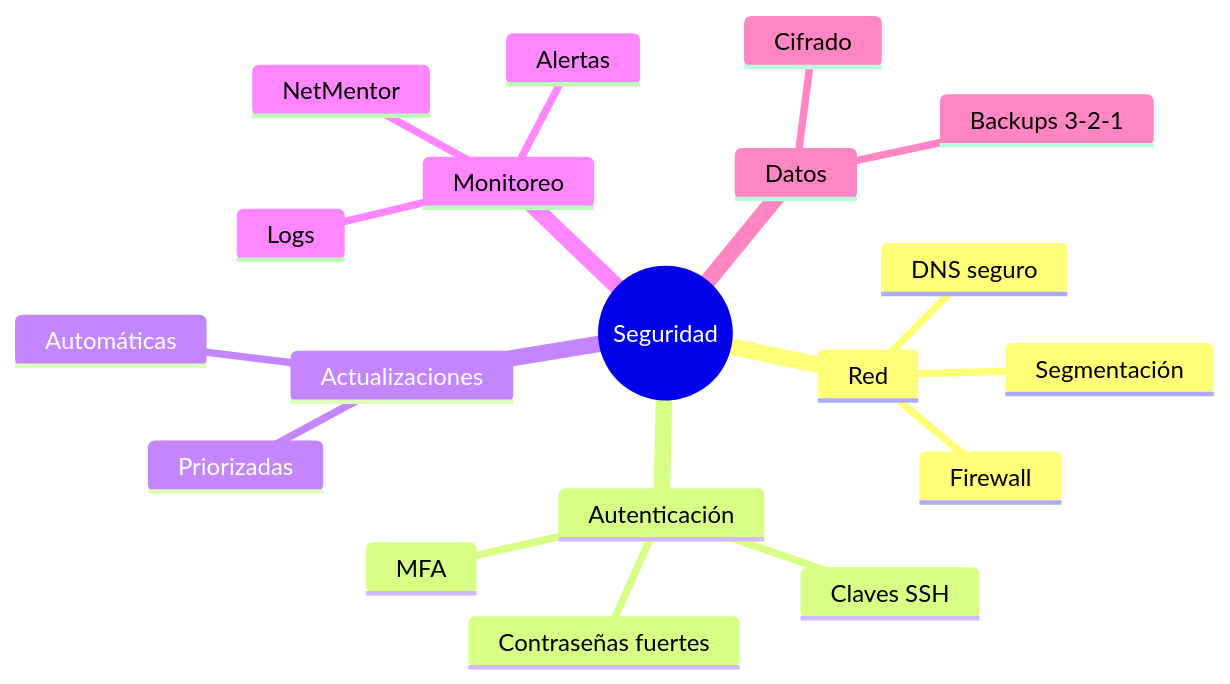
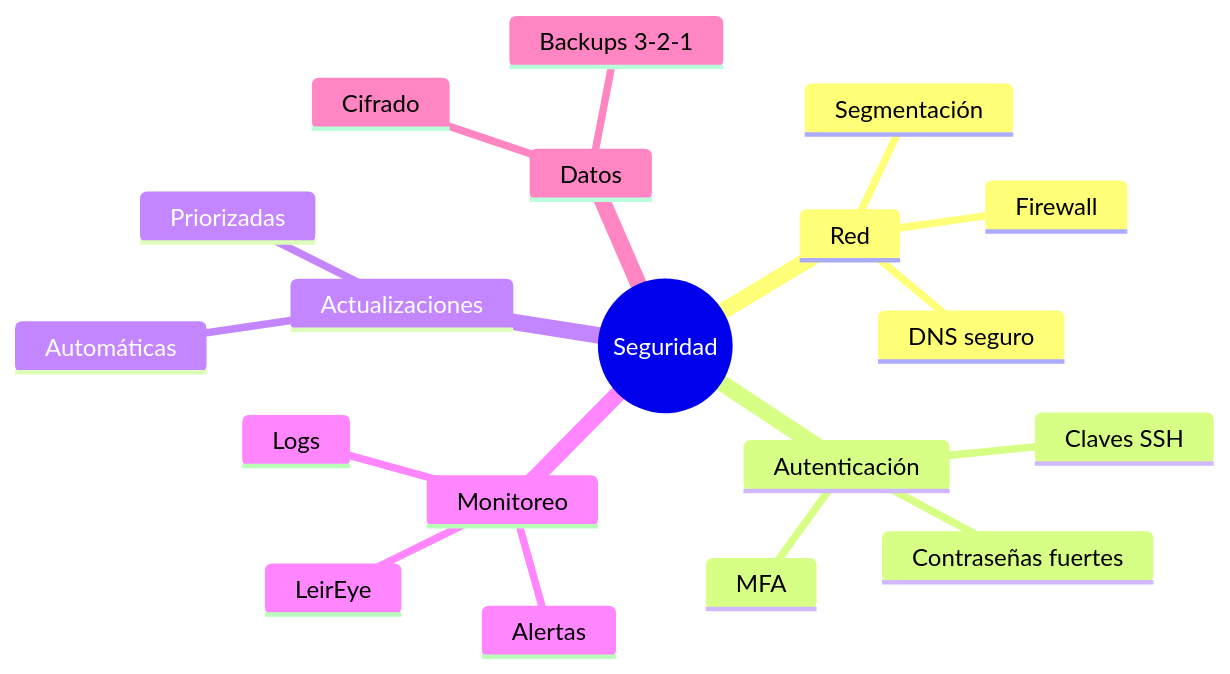
One commit to delacroixe/LeirEye changed the second of 2 diagrams in docs/concepts/security/best-practices.md. Above: the diagram before and after it, drawn with Mermaid. The commit also changed other lines of this file and 52 other files, not shown here.

First line of the commit message:
🔄 Rename project: NetMentor → LeirEye

````diff
--- a/docs/concepts/security/best-practices.md
+++ b/docs/concepts/security/best-practices.md
@@ -292,22 +292,22 @@
 ```mermaid
 mindmap
   root((Seguridad))
     Red
       Firewall
       Segmentación
       DNS seguro
     Autenticación
       Contraseñas fuertes
       MFA
       Claves SSH
     Actualizaciones
       Automáticas
       Priorizadas
     Monitoreo
-      NetMentor
+      LeirEye
       Logs
       Alertas
     Datos
       Cifrado
       Backups 3-2-1
 ```
````
